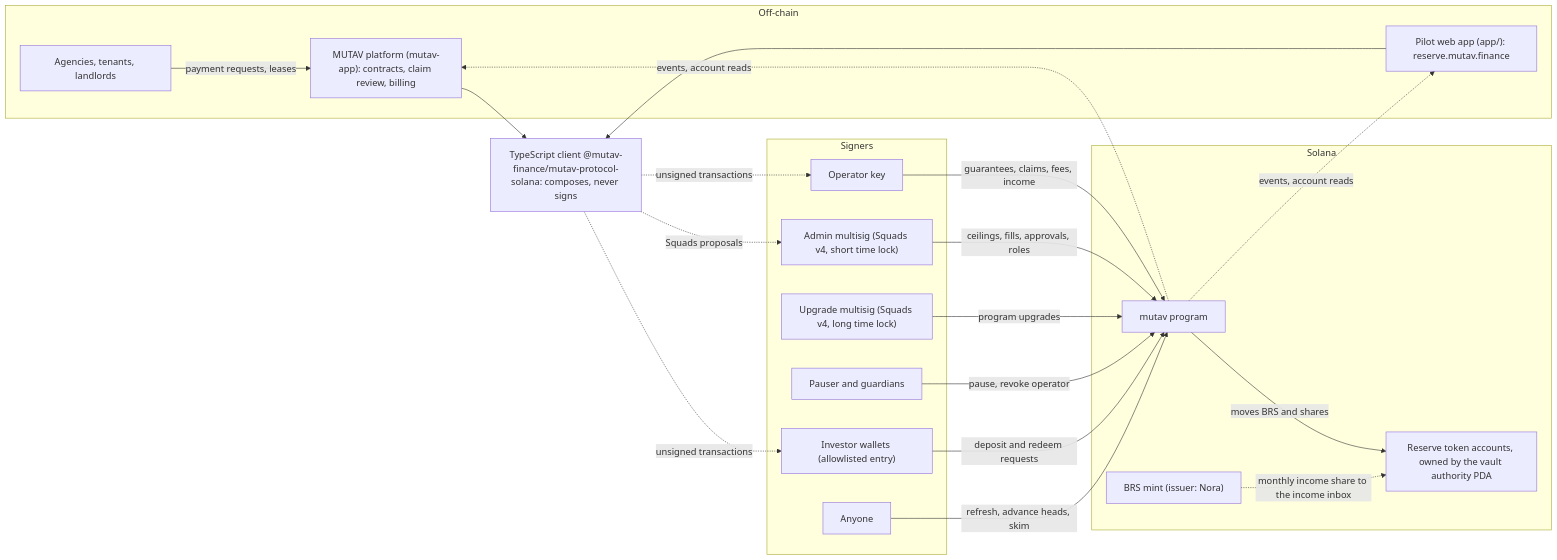
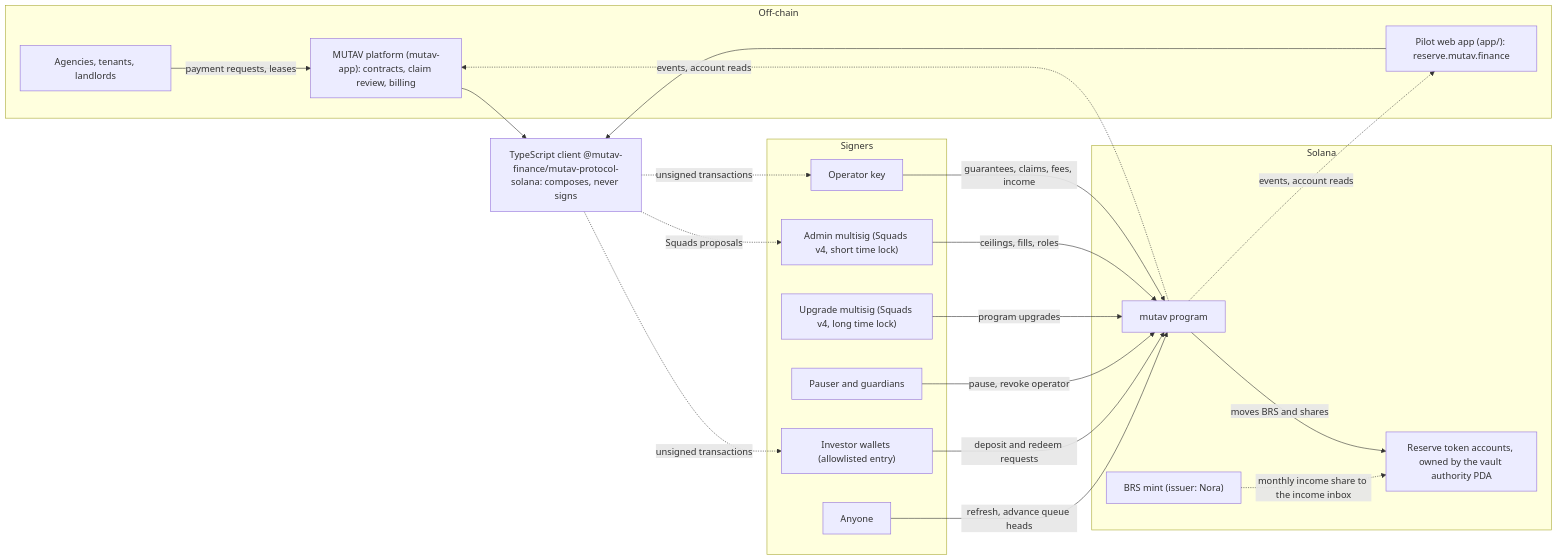
One commit to mutav-finance/mutav-protocol-solana changed the diagram in docs/architecture/README.md. Above: the diagram before and after it, drawn with Mermaid. The commit also changed other lines of this file and 12 other files, not shown here.

First line of the commit message:
docs: align architecture and security pages with main

````diff
--- a/docs/architecture/README.md
+++ b/docs/architecture/README.md
@@ -23,42 +23,42 @@
 ```mermaid
 flowchart LR
   subgraph offchain["Off-chain"]
     AG["Agencies, tenants, landlords"]
     PLAT["MUTAV platform (mutav-app): contracts, claim review, billing"]
     PILOT["Pilot web app (app/): reserve.mutav.finance"]
   end
 
   CLIENT["TypeScript client @mutav-finance/mutav-protocol-solana: composes, never signs"]
 
   subgraph keys["Signers"]
     OP["Operator key"]
     ADM["Admin multisig (Squads v4, short time lock)"]
     UPG["Upgrade multisig (Squads v4, long time lock)"]
     PAU["Pauser and guardians"]
     INV["Investor wallets (allowlisted entry)"]
     ANY["Anyone"]
   end
 
   subgraph solana["Solana"]
     PROG["mutav program"]
     TOK["Reserve token accounts, owned by the vault authority PDA"]
     BRS["BRS mint (issuer: Nora)"]
   end
 
   AG -->|"payment requests, leases"| PLAT
   PLAT --> CLIENT
   PILOT --> CLIENT
   CLIENT -.->|"unsigned transactions"| OP
   CLIENT -.->|"Squads proposals"| ADM
   CLIENT -.->|"unsigned transactions"| INV
   OP -->|"guarantees, claims, fees, income"| PROG
-  ADM -->|"ceilings, fills, approvals, roles"| PROG
+  ADM -->|"ceilings, fills, roles"| PROG
   UPG -->|"program upgrades"| PROG
   PAU -->|"pause, revoke operator"| PROG
   INV -->|"deposit and redeem requests"| PROG
-  ANY -->|"refresh, advance heads, skim"| PROG
+  ANY -->|"refresh, advance queue heads"| PROG
   PROG -->|"moves BRS and shares"| TOK
   BRS -.->|"monthly income share to the income inbox"| TOK
   PROG -.->|"events, account reads"| PLAT
   PROG -.->|"events, account reads"| PILOT
 ```
````
